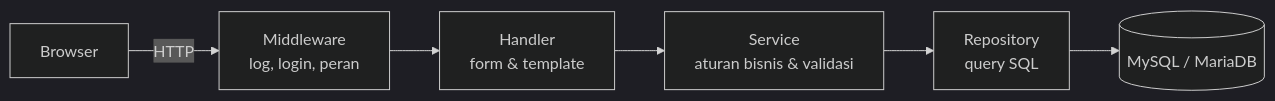
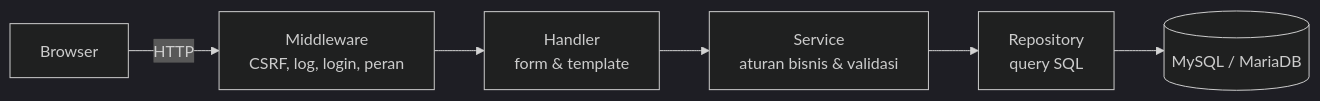
Before and after one commit to AchmadFauzan1156/SeduhPoint: the diagram in README.md, drawn with Mermaid (dark theme). The commit also changed other lines of this file, not shown here.

````diff
--- a/README.md
+++ b/README.md
@@ -212,8 +247,8 @@
 ```mermaid
 flowchart LR
-    B[Browser] -->|HTTP| M[Middleware<br/>log, login, peran]
+    B[Browser] -->|HTTP| M[Middleware<br/>CSRF, log, login, peran]
     M --> H[Handler<br/>form & template]
     H --> S[Service<br/>aturan bisnis & validasi]
     S --> R[Repository<br/>query SQL]
     R --> D[(MySQL / MariaDB)]
 ```
````
